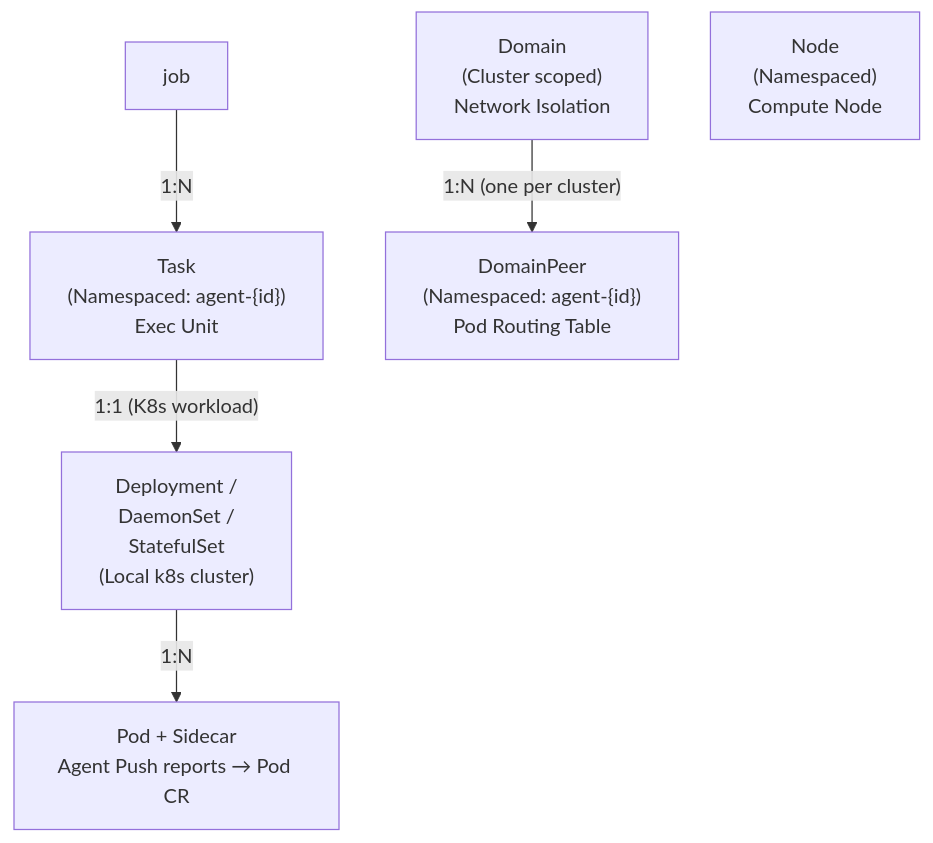
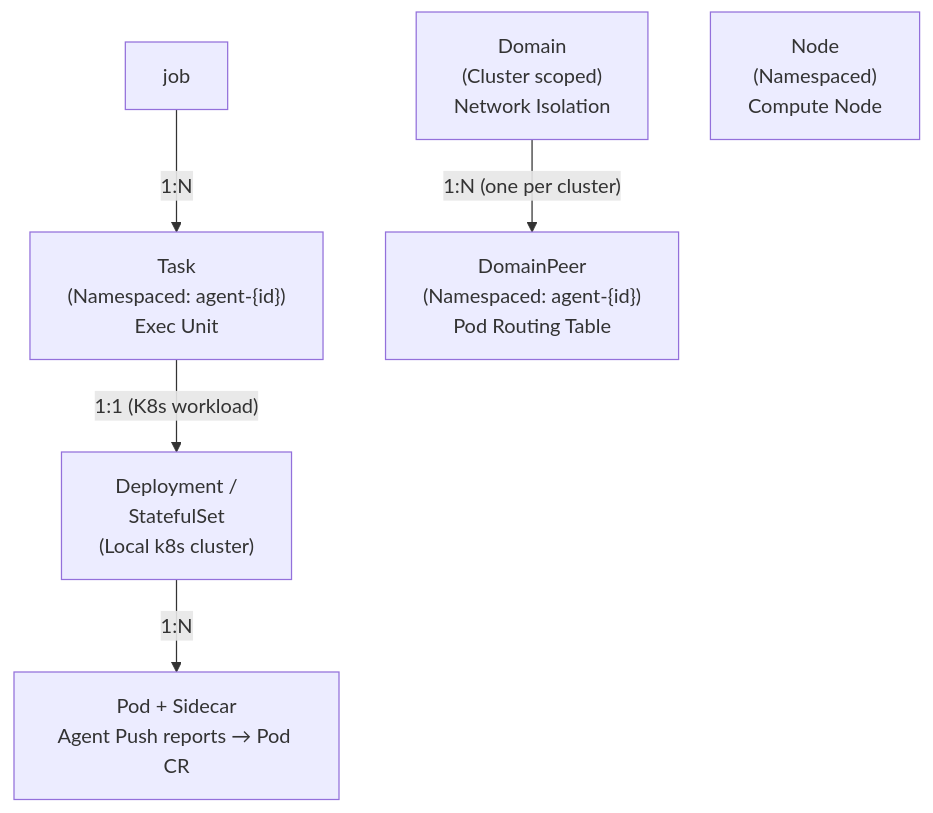
One commit to RLinf/RLark changed the second of 2 diagrams in apps/rlark/docs/concepts.md. Above: the diagram before and after it, drawn with Mermaid. The commit also changed other lines of this file and 177 other files, not shown here.

````diff
--- a/apps/rlark/docs/concepts.md
+++ b/apps/rlark/docs/concepts.md
@@ -407,8 +407,8 @@
 ```mermaid
 graph TD
     job -->|"1:N"| task["Task<br/>(Namespaced: agent-{id})<br/>Exec Unit"]
-    task -->|"1:1 (K8s workload)"| workload["Deployment /<br/>DaemonSet /<br/>StatefulSet<br/>(Local k8s cluster)"]
+    task -->|"1:1 (K8s workload)"| workload["Deployment /<br/>StatefulSet<br/>(Local k8s cluster)"]
     workload -->|"1:N"| pod["Pod + Sidecar<br/>Agent Push reports → Pod CR"]
     domain["Domain<br/>(Cluster scoped)<br/>Network Isolation"] -->|"1:N (one per cluster)"| dp["DomainPeer<br/>(Namespaced: agent-{id})<br/>Pod Routing Table"]
     node["Node<br/>(Namespaced)<br/>Compute Node"]
 ```
````
